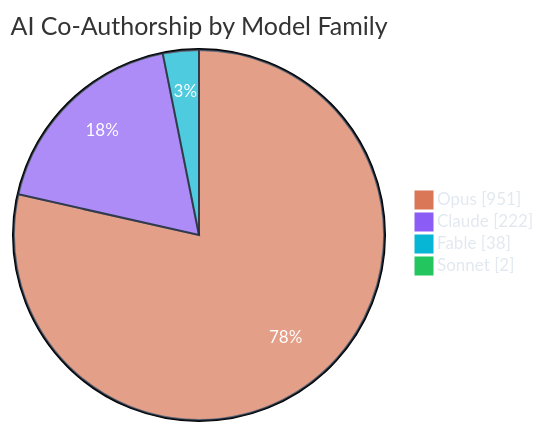
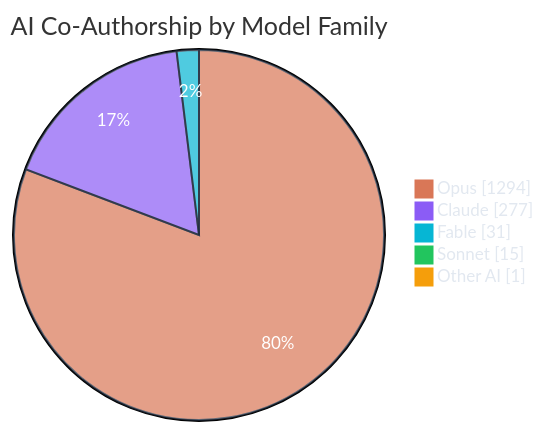
One commit to polo-nyan/polo-nyan changed the third of 7 diagrams in README.md. Above: the diagram before and after it, drawn with Mermaid. The commit also changed other lines of this file and 1 other file, not shown here.

````diff
--- a/README.md
+++ b/README.md
@@ -279,9 +279,10 @@
 ```mermaid
 %%{init: {"theme": "base", "themeVariables": { "pie1": "#d97757", "pie2": "#8b5cf6", "pie3": "#06b6d4", "pie4": "#22c55e", "pie5": "#f59e0b", "pie6": "#ec4899", "pieTextColor": "#ffffff", "pieLegendTextColor": "#e2e8f0", "pieSectionTextColor": "#ffffff", "pieStrokeColor": "#1e293b" }}}%%
 pie showData
     title AI Co-Authorship by Model Family
-    "Opus" : 951
-    "Claude" : 222
-    "Fable" : 38
-    "Sonnet" : 2
+    "Opus" : 1294
+    "Claude" : 277
+    "Fable" : 31
+    "Sonnet" : 15
+    "Other AI" : 1
 ```
````
